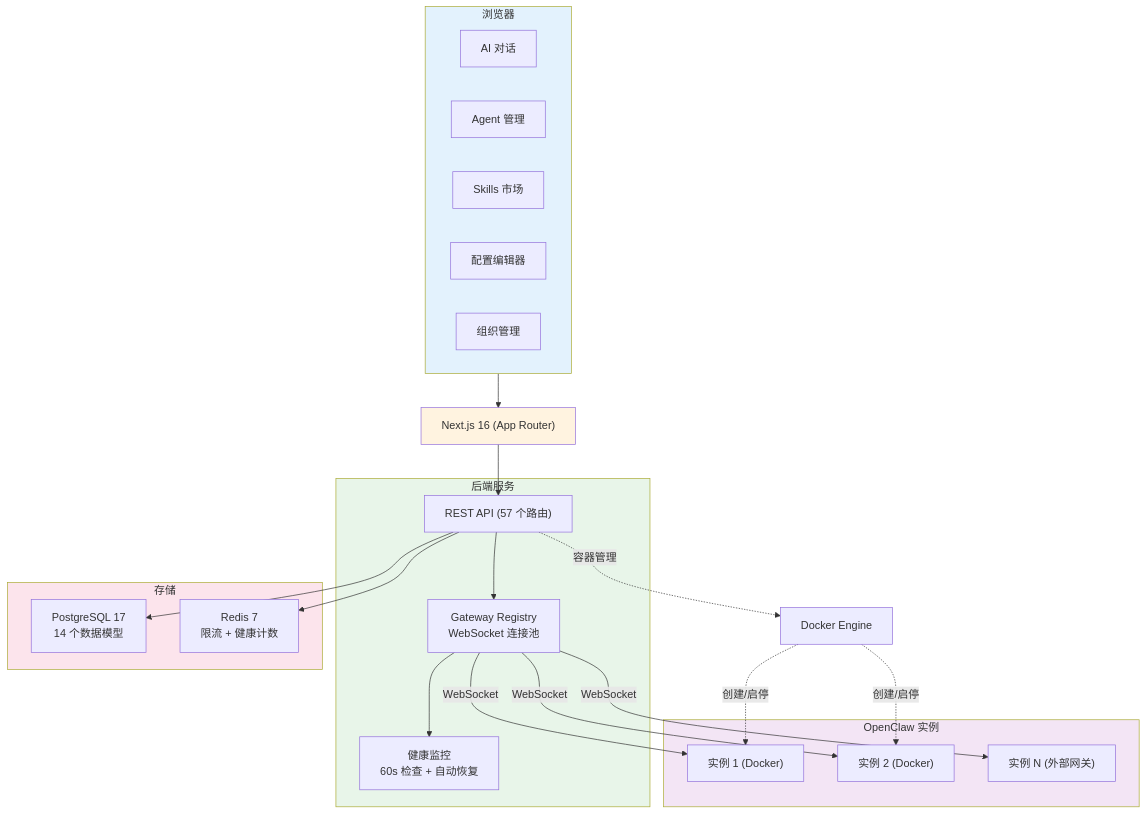
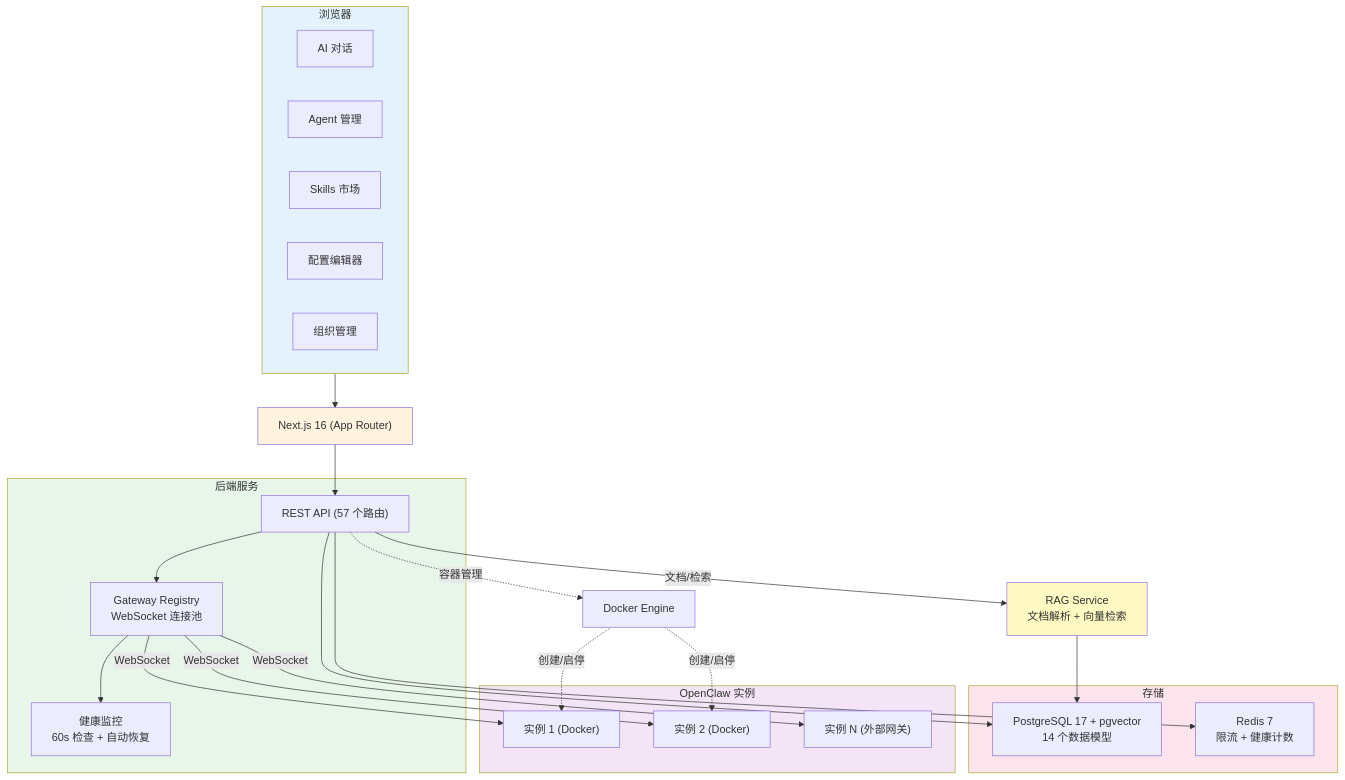
One commit to szsip239/teamclaw changed the first of 2 diagrams in README.md. Above: the diagram before and after it, drawn with Mermaid. The commit also changed other lines of this file, not shown here.

First line of the commit message:
docs: add Knowledge Base (RAG) feature to README

````diff
--- a/README.md
+++ b/README.md
@@ -181,50 +187,55 @@
 ```mermaid
 graph TB
     subgraph Client["浏览器"]
         Chat["AI 对话"]
         AgentUI["Agent 管理"]
         SkillUI["Skills 市场"]
         ConfigUI["配置编辑器"]
         OrgUI["组织管理"]
     end
 
     NextJS["Next.js 16 (App Router)"]
 
     subgraph Backend["后端服务"]
         API["REST API (57 个路由)"]
         GW["Gateway Registry<br/>WebSocket 连接池"]
         Health["健康监控<br/>60s 检查 + 自动恢复"]
     end
 
     subgraph Storage["存储"]
-        PG["PostgreSQL 17<br/>14 个数据模型"]
+        PG["PostgreSQL 17 + pgvector<br/>14 个数据模型"]
         RD["Redis 7<br/>限流 + 健康计数"]
     end
+
+    RAG["RAG Service<br/>文档解析 + 向量检索"]
 
     subgraph Instances["OpenClaw 实例"]
         OC1["实例 1 (Docker)"]
         OC2["实例 2 (Docker)"]
         OCN["实例 N (外部网关)"]
     end
 
     DK["Docker Engine"]
 
     Client --> NextJS
     NextJS --> API
     API --> GW
     API --> PG
     API --> RD
+    API -- "文档/检索" --> RAG
+    RAG --> PG
     GW --> Health
     GW -- "WebSocket" --> OC1
     GW -- "WebSocket" --> OC2
     GW -- "WebSocket" --> OCN
     API -. "容器管理" .-> DK
     DK -. "创建/启停" .-> OC1
     DK -. "创建/启停" .-> OC2
 
     style Client fill:#e3f2fd
     style NextJS fill:#fff3e0
     style Backend fill:#e8f5e9
     style Storage fill:#fce4ec
+    style RAG fill:#fff9c4
     style Instances fill:#f3e5f5
 ```
````
